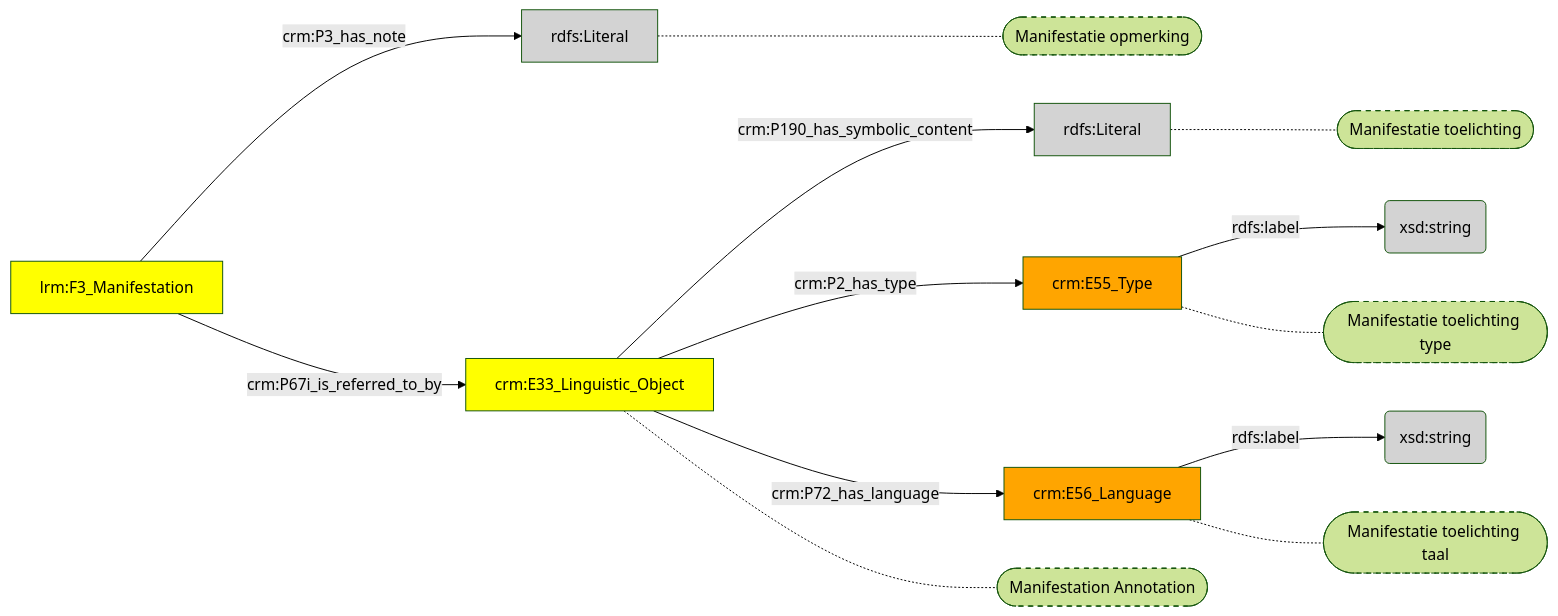
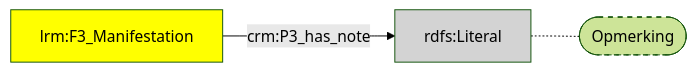
One commit to digipolisantwerpdocumentation/antwerp-cultureel-erfgoed changed the diagram in docs/content/modellen/BibliographicalManifestation/Aantekeningen.md. Above: the diagram before and after it, drawn with Mermaid (forest theme). The commit also changed 170 other files, not shown here.

````diff
--- a/docs/content/modellen/BibliographicalManifestation/Aantekeningen.md
+++ b/docs/content/modellen/BibliographicalManifestation/Aantekeningen.md
@@ -1,28 +1,8 @@
 ```mermaid
 graph LR
-17e0ec04-8e93-11ee-8f9d-96a6d245525a["crm:E33_Linguistic_Object"]-->|"crm:P190_has_symbolic_content"|17e11724-8e93-11ee-8f9d-96a6d245525a(rdfs:Literal)
+style 17e0efec-8e93-11ee-8f9d-96a6d245525a fill:#ffff00
+style cb795e8e-cb07-11ee-b504-960002548b4f fill:#D3D3D3
 17e0efec-8e93-11ee-8f9d-96a6d245525a["lrm:F3_Manifestation"]-->|"crm:P3_has_note"|cb795e8e-cb07-11ee-b504-960002548b4f(rdfs:Literal)
-17e11698-8e93-11ee-8f9d-96a6d245525a["crm:E55_Type"]-->|"rdfs:label"|17e117b0-8e93-11ee-8f9d-96a6d245525a(xsd:string)
-17e116de-8e93-11ee-8f9d-96a6d245525a["crm:E56_Language"]-->|"rdfs:label"|17e1176a-8e93-11ee-8f9d-96a6d245525a(xsd:string)
-17e0ec04-8e93-11ee-8f9d-96a6d245525a["crm:E33_Linguistic_Object"]-->|"crm:P2_has_type"|17e11698-8e93-11ee-8f9d-96a6d245525a["crm:E55_Type"]
-17e0ec04-8e93-11ee-8f9d-96a6d245525a["crm:E33_Linguistic_Object"]-->|"crm:P72_has_language"|17e116de-8e93-11ee-8f9d-96a6d245525a["crm:E56_Language"]
-17e0efec-8e93-11ee-8f9d-96a6d245525a["lrm:F3_Manifestation"]-->|"crm:P67i_is_referred_to_by"|17e0ec04-8e93-11ee-8f9d-96a6d245525a["crm:E33_Linguistic_Object"]
-17e11724-8e93-11ee-8f9d-96a6d245525a["rdfs:Literal"]-.-17e11724-8e93-11ee-8f9d-96a6d245525a_s(["Manifestatie toelichting"])
-17e11698-8e93-11ee-8f9d-96a6d245525a["crm:E55_Type"]-.-17e11698-8e93-11ee-8f9d-96a6d245525a_s(["Manifestatie toelichting type"])
-17e116de-8e93-11ee-8f9d-96a6d245525a["crm:E56_Language"]-.-17e116de-8e93-11ee-8f9d-96a6d245525a_s(["Manifestatie toelichting taal"])
-cb795e8e-cb07-11ee-b504-960002548b4f["rdfs:Literal"]-.-cb795e8e-cb07-11ee-b504-960002548b4f_s(["Manifestatie opmerking"])
-17e0ec04-8e93-11ee-8f9d-96a6d245525a["crm:E33_Linguistic_Object"]-.-17e0ec04-8e93-11ee-8f9d-96a6d245525a_s(["Manifestation Annotation"])
-style 17e11724-8e93-11ee-8f9d-96a6d245525a_s stroke-dasharray: 5
-style 17e11698-8e93-11ee-8f9d-96a6d245525a_s stroke-dasharray: 5
-style 17e116de-8e93-11ee-8f9d-96a6d245525a_s stroke-dasharray: 5
+cb795e8e-cb07-11ee-b504-960002548b4f["rdfs:Literal"]-.-cb795e8e-cb07-11ee-b504-960002548b4f_s(["Opmerking"])
 style cb795e8e-cb07-11ee-b504-960002548b4f_s stroke-dasharray: 5
-style 17e0ec04-8e93-11ee-8f9d-96a6d245525a_s stroke-dasharray: 5
-style 17e0ec04-8e93-11ee-8f9d-96a6d245525a fill:#ffff00
-style 17e0efec-8e93-11ee-8f9d-96a6d245525a fill:#ffff00
-style 17e11698-8e93-11ee-8f9d-96a6d245525a fill:#ffa500
-style 17e116de-8e93-11ee-8f9d-96a6d245525a fill:#ffa500
-style 17e11724-8e93-11ee-8f9d-96a6d245525a fill:#D3D3D3
-style 17e1176a-8e93-11ee-8f9d-96a6d245525a fill:#D3D3D3
-style 17e117b0-8e93-11ee-8f9d-96a6d245525a fill:#D3D3D3
-style cb795e8e-cb07-11ee-b504-960002548b4f fill:#D3D3D3
 ```
````
